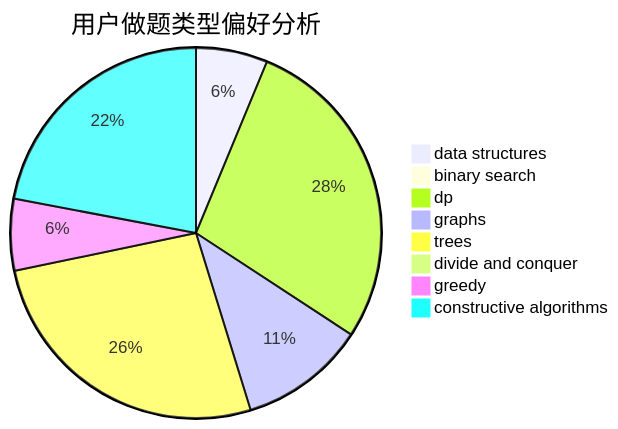
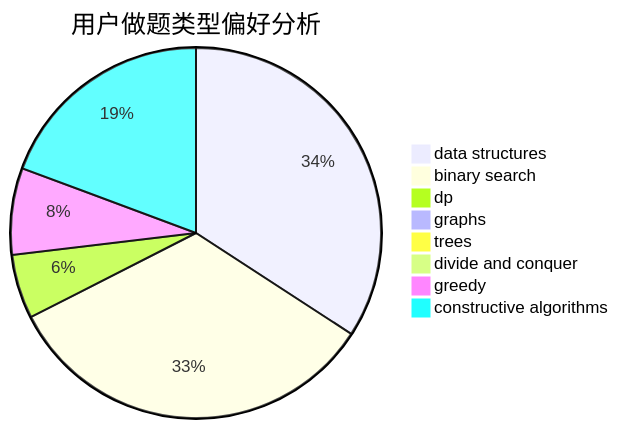
Before and after one commit to sherpahu/cfrs.github.io: the second of 3 diagrams in docs/user/u2034.md, drawn with Mermaid. The commit also changed other lines of this file and 2770 other files, not shown here.

````diff
--- a/docs/user/u2034.md
+++ b/docs/user/u2034.md
@@ -23,11 +23,11 @@
 ```mermaid
 pie title 用户做题类型偏好分析
-    "data structures" :  21
-    "binary search" :  0
-    "dp" :  94
-    "graphs" :  37
-    "trees" :  89
+    "data structures" :  122
+    "binary search" :  119
+    "dp" :  20
+    "graphs" :  0
+    "trees" :  0
     "divide and conquer" :  0
-    "greedy" :  21
-    "constructive algorithms" :  74
+    "greedy" :  27
+    "constructive algorithms" :  69
 ```
````
